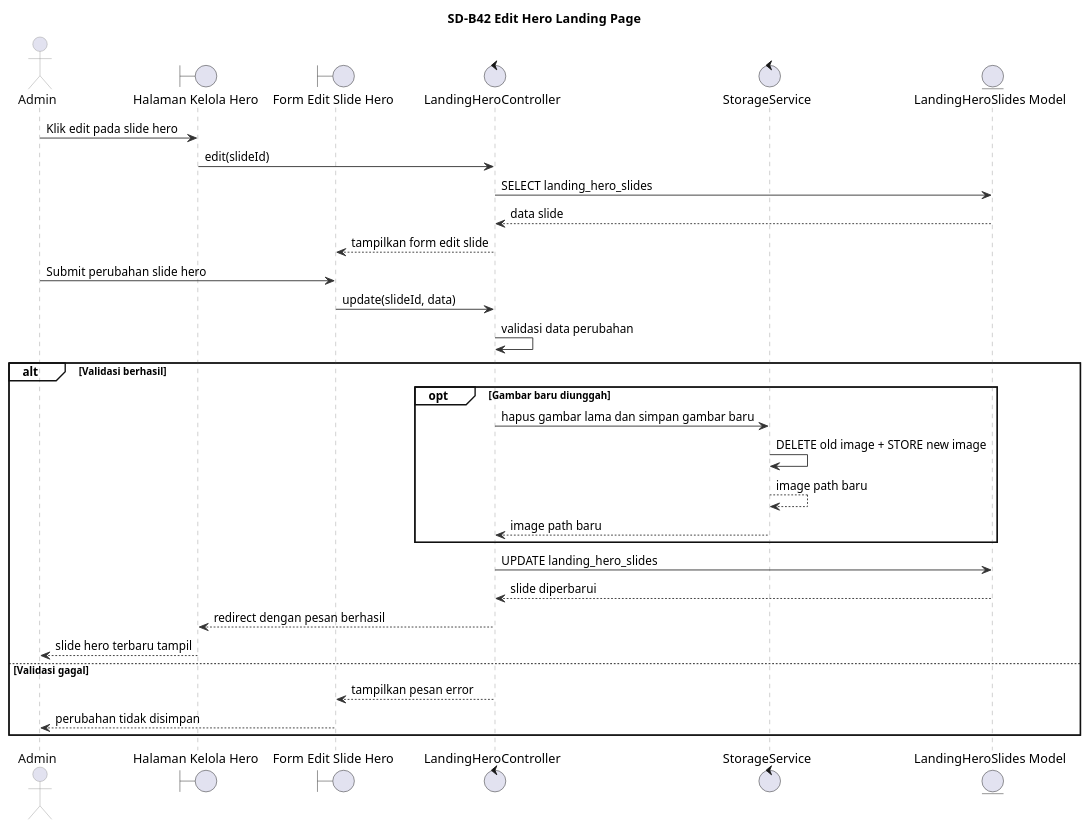
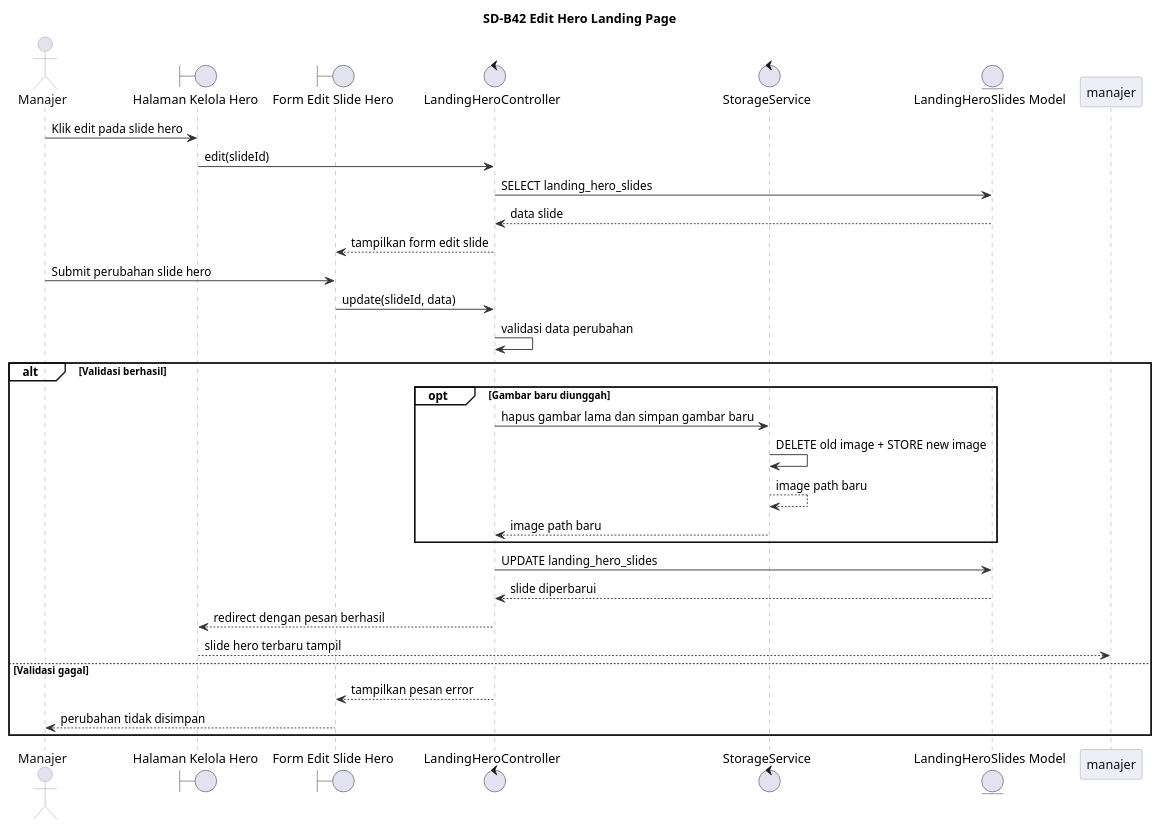
Before and after one commit to Fajrinputra/alterstudio-ta: the diagram in diagrams/sequence/SD-B42.puml, drawn with PlantUML. The commit also changed 74 other files, not shown here.

```diff
--- a/diagrams/sequence/SD-B42.puml
+++ b/diagrams/sequence/SD-B42.puml
@@ -1,52 +1,52 @@
 @startuml
 title SD-B42 Edit Hero Landing Page
 
 skinparam backgroundColor white
 skinparam shadowing false
 skinparam BoxPadding 4
 skinparam sequence {
     ArrowColor #333333
     LifeLineBorderColor #999999
     LifeLineBackgroundColor white
     ParticipantBorderColor #999999
     ParticipantBackgroundColor #ECEEF8
     ParticipantFontColor #111111
     ActorBorderColor #999999
     ActorFontColor #111111
     GroupBorderColor #111111
     GroupBackgroundColor transparent
 }
 
-actor "Admin" as Admin
+actor "Manajer" as Manajer
 boundary "Halaman Kelola Hero" as HalamanHero
 boundary "Form Edit Slide Hero" as FormEdit
 control "LandingHeroController" as LandingHeroController
 control "StorageService" as StorageService
 entity "LandingHeroSlides Model" as LandingHeroSlide
 
-Admin -> HalamanHero : Klik edit pada slide hero
+Manajer -> HalamanHero : Klik edit pada slide hero
 HalamanHero -> LandingHeroController : edit(slideId)
 LandingHeroController -> LandingHeroSlide : SELECT landing_hero_slides
 LandingHeroSlide --> LandingHeroController : data slide
 LandingHeroController --> FormEdit : tampilkan form edit slide
-Admin -> FormEdit : Submit perubahan slide hero
+Manajer -> FormEdit : Submit perubahan slide hero
 FormEdit -> LandingHeroController : update(slideId, data)
 LandingHeroController -> LandingHeroController : validasi data perubahan
 
 alt Validasi berhasil
     opt Gambar baru diunggah
         LandingHeroController -> StorageService : hapus gambar lama dan simpan gambar baru
         StorageService -> StorageService : DELETE old image + STORE new image
         StorageService --> StorageService : image path baru
         StorageService --> LandingHeroController : image path baru
     end
     LandingHeroController -> LandingHeroSlide : UPDATE landing_hero_slides
     LandingHeroSlide --> LandingHeroController : slide diperbarui
     LandingHeroController --> HalamanHero : redirect dengan pesan berhasil
-    HalamanHero --> Admin : slide hero terbaru tampil
+    HalamanHero --> manajer : slide hero terbaru tampil
 else Validasi gagal
     LandingHeroController --> FormEdit : tampilkan pesan error
-    FormEdit --> Admin : perubahan tidak disimpan
+    FormEdit --> Manajer : perubahan tidak disimpan
 end
 
 @enduml
```
